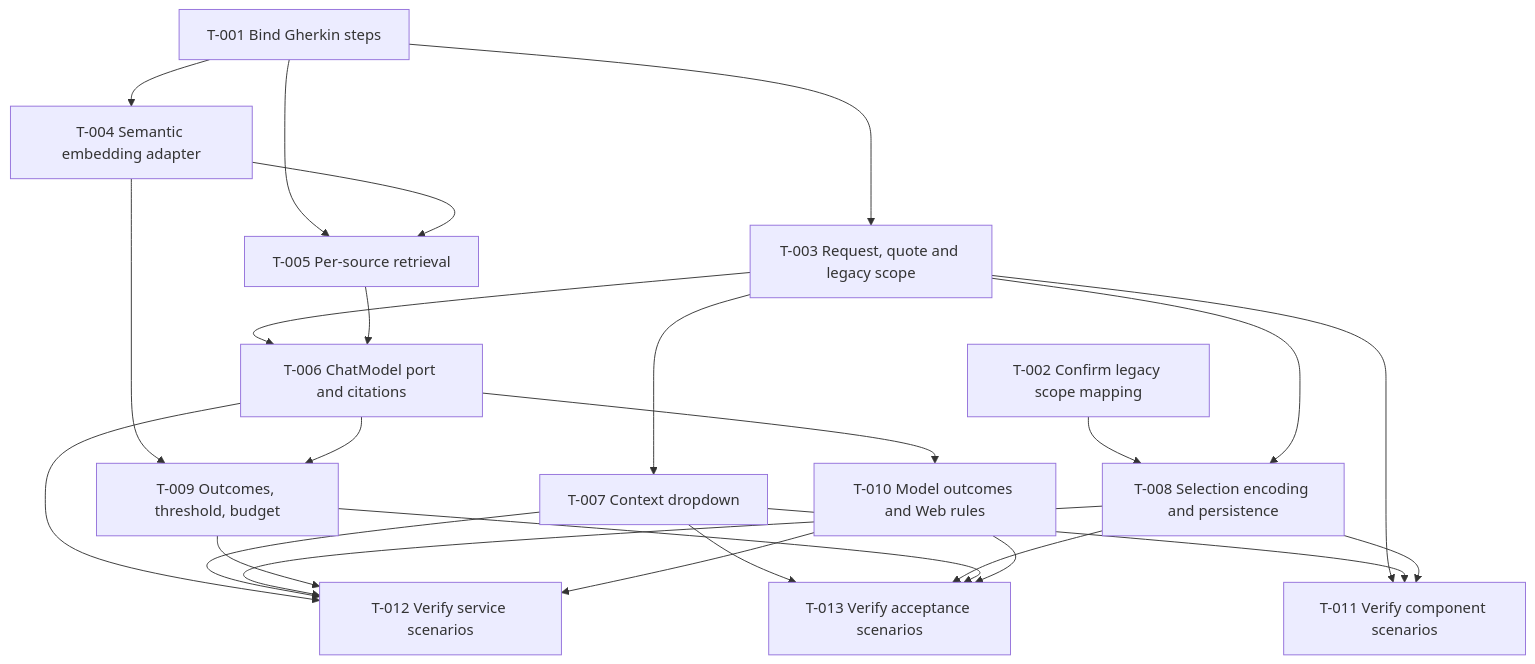
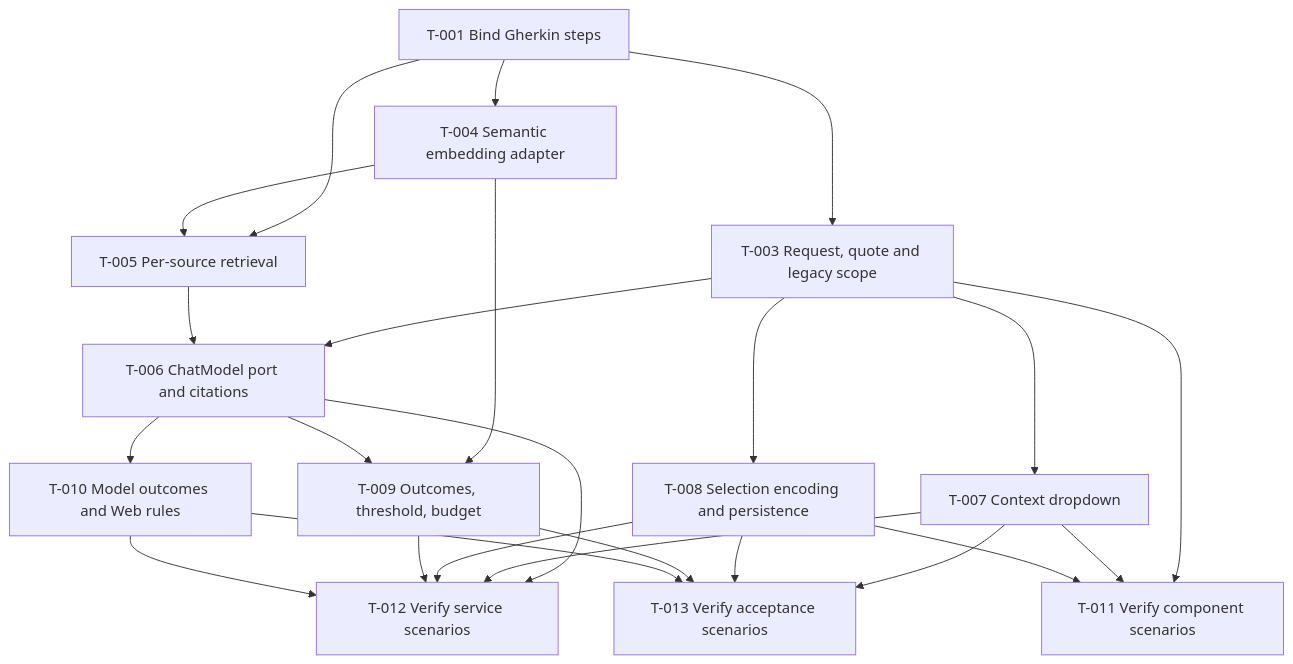
The diagram in specs/assistant/combined_context/tasks.md (b-chua-student/theseus), drawn with Mermaid before and after one commit. The commit also changed other lines of this file and 2 other files, not shown here.

````diff
--- a/specs/assistant/combined_context/tasks.md
+++ b/specs/assistant/combined_context/tasks.md
@@ -7,40 +7,38 @@
 ```mermaid
 flowchart TD
     T001["T-001 Bind Gherkin steps"]
-    T002["T-002 Confirm legacy scope mapping"]
     T003["T-003 Request, quote and legacy scope"]
     T004["T-004 Semantic embedding adapter"]
     T005["T-005 Per-source retrieval"]
     T006["T-006 ChatModel port and citations"]
     T007["T-007 Context dropdown"]
     T008["T-008 Selection encoding and persistence"]
     T009["T-009 Outcomes, threshold, budget"]
     T010["T-010 Model outcomes and Web rules"]
     T011["T-011 Verify component scenarios"]
     T012["T-012 Verify service scenarios"]
     T013["T-013 Verify acceptance scenarios"]
     T001 --> T003
     T001 --> T004
     T001 --> T005
     T004 --> T005
     T003 --> T006
     T005 --> T006
     T003 --> T007
-    T002 --> T008
     T003 --> T008
     T004 --> T009
     T006 --> T009
     T006 --> T010
     T003 --> T011
     T007 --> T011
     T008 --> T011
     T006 --> T012
     T007 --> T012
     T008 --> T012
     T009 --> T012
     T010 --> T012
     T007 --> T013
     T008 --> T013
     T009 --> T013
     T010 --> T013
 ```
````
